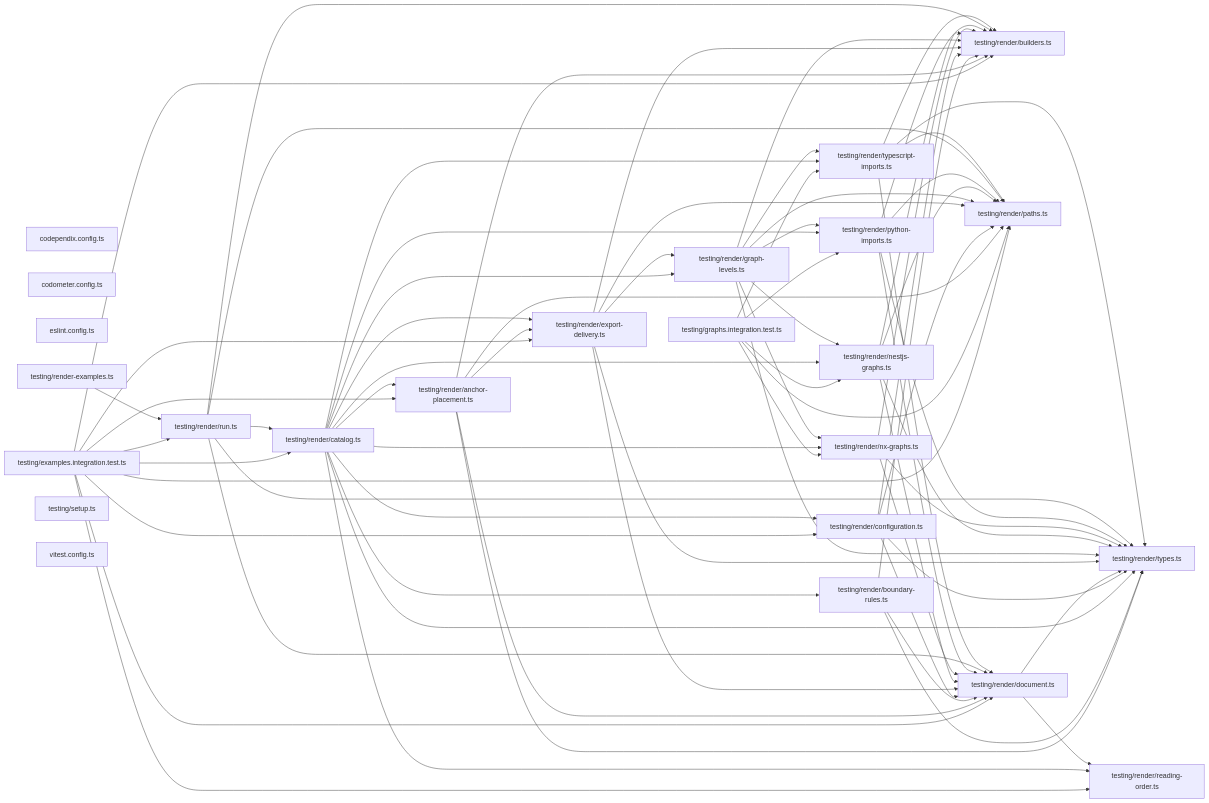
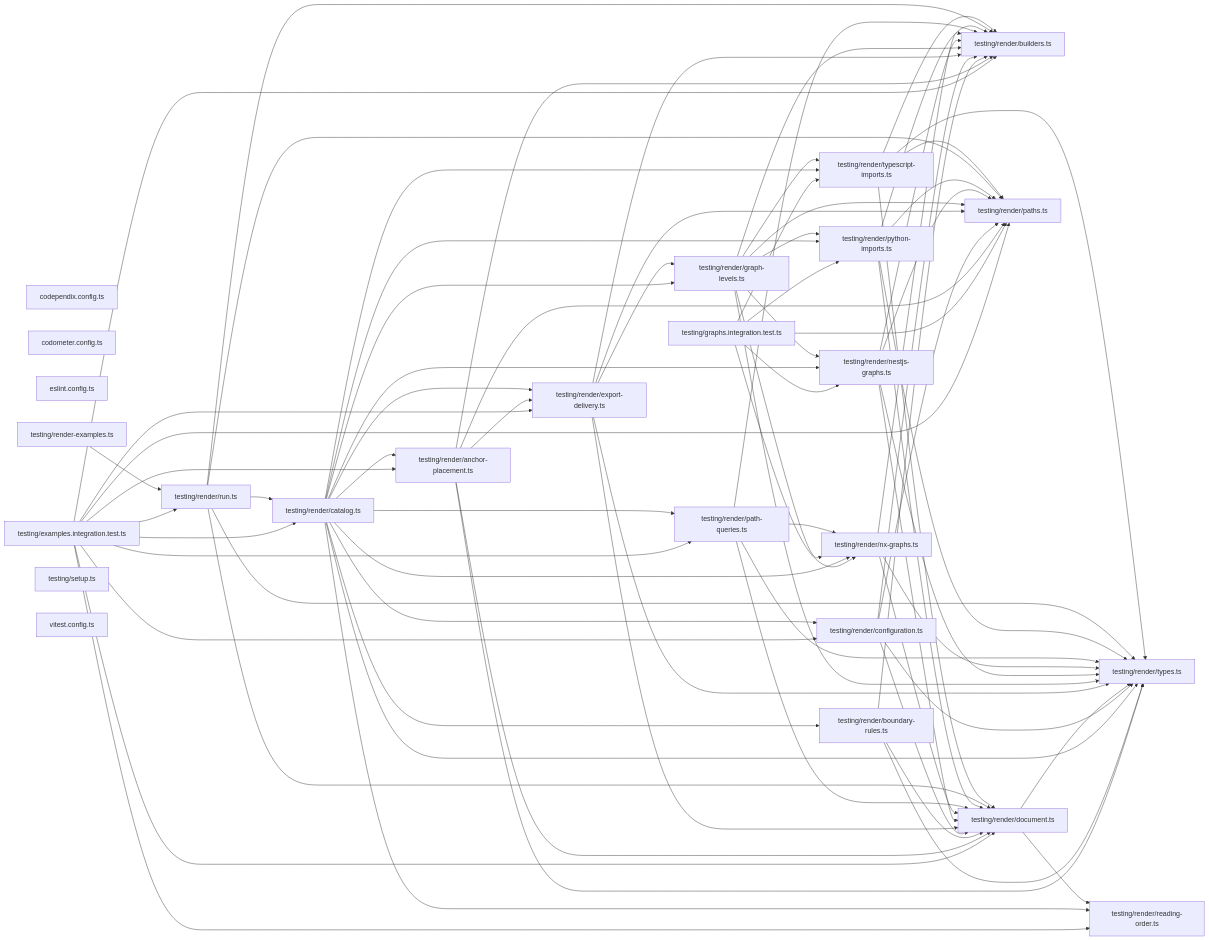
The second of 2 diagrams in packages/ic-suite/codependix/codependix-examples/README.md (JimmyPaolini/codebase), drawn with Mermaid before and after one commit. The commit also changed 88 other files, not shown here.

```diff
--- a/packages/ic-suite/codependix/codependix-examples/README.md
+++ b/packages/ic-suite/codependix/codependix-examples/README.md
@@ -240,6 +240,7 @@
   file_testing_render_graph_levels_ts["testing/render/graph-levels.ts"]
   file_testing_render_nestjs_graphs_ts["testing/render/nestjs-graphs.ts"]
   file_testing_render_nx_graphs_ts["testing/render/nx-graphs.ts"]
+  file_testing_render_path_queries_ts["testing/render/path-queries.ts"]
   file_testing_render_paths_ts["testing/render/paths.ts"]
   file_testing_render_python_imports_ts["testing/render/python-imports.ts"]
   file_testing_render_reading_order_ts["testing/render/reading-order.ts"]
@@ -254,6 +255,7 @@
   file_testing_examples_integration_test_ts --> file_testing_render_configuration_ts
   file_testing_examples_integration_test_ts --> file_testing_render_document_ts
   file_testing_examples_integration_test_ts --> file_testing_render_export_delivery_ts
+  file_testing_examples_integration_test_ts --> file_testing_render_path_queries_ts
   file_testing_examples_integration_test_ts --> file_testing_render_paths_ts
   file_testing_examples_integration_test_ts --> file_testing_render_reading_order_ts
   file_testing_examples_integration_test_ts --> file_testing_render_run_ts
@@ -278,6 +280,7 @@
   file_testing_render_catalog_ts --> file_testing_render_graph_levels_ts
   file_testing_render_catalog_ts --> file_testing_render_nestjs_graphs_ts
   file_testing_render_catalog_ts --> file_testing_render_nx_graphs_ts
+  file_testing_render_catalog_ts --> file_testing_render_path_queries_ts
   file_testing_render_catalog_ts --> file_testing_render_python_imports_ts
   file_testing_render_catalog_ts --> file_testing_render_reading_order_ts
   file_testing_render_catalog_ts --> file_testing_render_types_ts
@@ -307,6 +310,10 @@
   file_testing_render_nx_graphs_ts --> file_testing_render_builders_ts
   file_testing_render_nx_graphs_ts --> file_testing_render_document_ts
   file_testing_render_nx_graphs_ts --> file_testing_render_types_ts
+  file_testing_render_path_queries_ts --> file_testing_render_builders_ts
+  file_testing_render_path_queries_ts --> file_testing_render_document_ts
+  file_testing_render_path_queries_ts --> file_testing_render_nx_graphs_ts
+  file_testing_render_path_queries_ts --> file_testing_render_types_ts
   file_testing_render_python_imports_ts --> file_testing_render_builders_ts
   file_testing_render_python_imports_ts --> file_testing_render_document_ts
   file_testing_render_python_imports_ts --> file_testing_render_paths_ts
```
